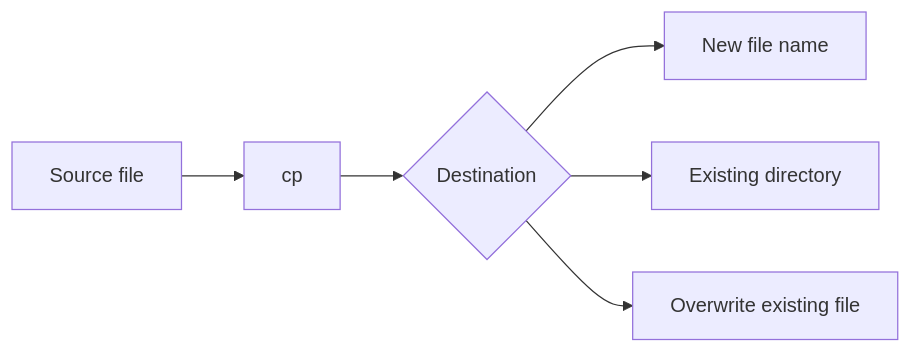
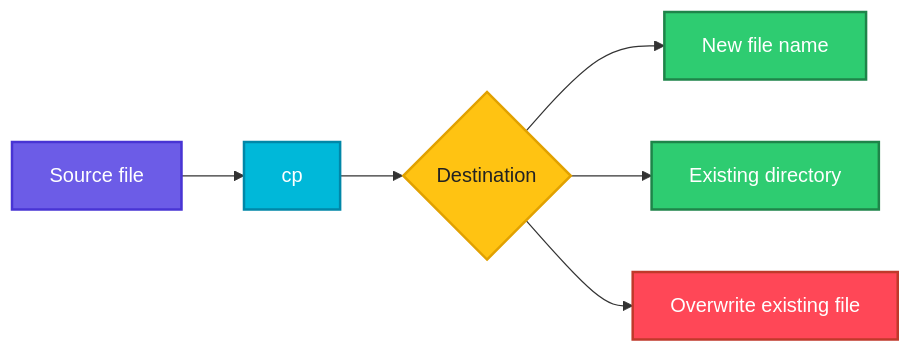
One commit to codeKerdosTech/DevOps-Documentation changed the diagram in linux/file-management/cp.md. Above: the diagram before and after it, drawn with Mermaid. The commit also changed 16 other files, not shown here.

````diff
--- a/linux/file-management/cp.md
+++ b/linux/file-management/cp.md
@@ -15,8 +15,20 @@
 ```mermaid
 flowchart LR
     A[Source file] --> B[cp]
     B --> C{Destination}
     C --> D[New file name]
     C --> E[Existing directory]
     C --> F[Overwrite existing file]
+    classDef start fill:#6C5CE7,stroke:#4834D4,stroke-width:2px,color:#fff
+    classDef proc fill:#00B8D9,stroke:#0087A8,stroke-width:2px,color:#fff
+    classDef dec fill:#FFC312,stroke:#E1A100,stroke-width:2px,color:#222
+    classDef ok fill:#2ECC71,stroke:#1E8449,stroke-width:2px,color:#fff
+    classDef err fill:#FF4757,stroke:#C0392B,stroke-width:2px,color:#fff
+    classDef out fill:#FD79A8,stroke:#E84393,stroke-width:2px,color:#fff
+    classDef alt fill:#FF9F43,stroke:#E67E22,stroke-width:2px,color:#fff
+    class A start
+    class B proc
+    class C dec
+    class D,E ok
+    class F err
 ```
````
